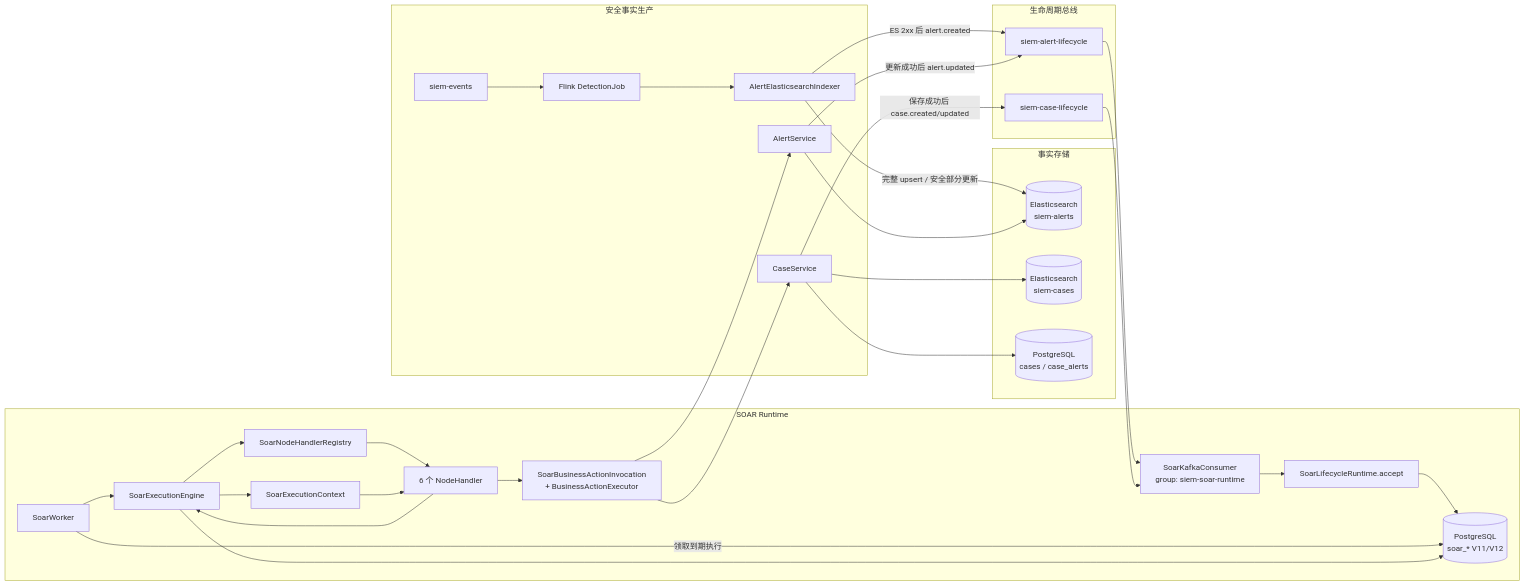
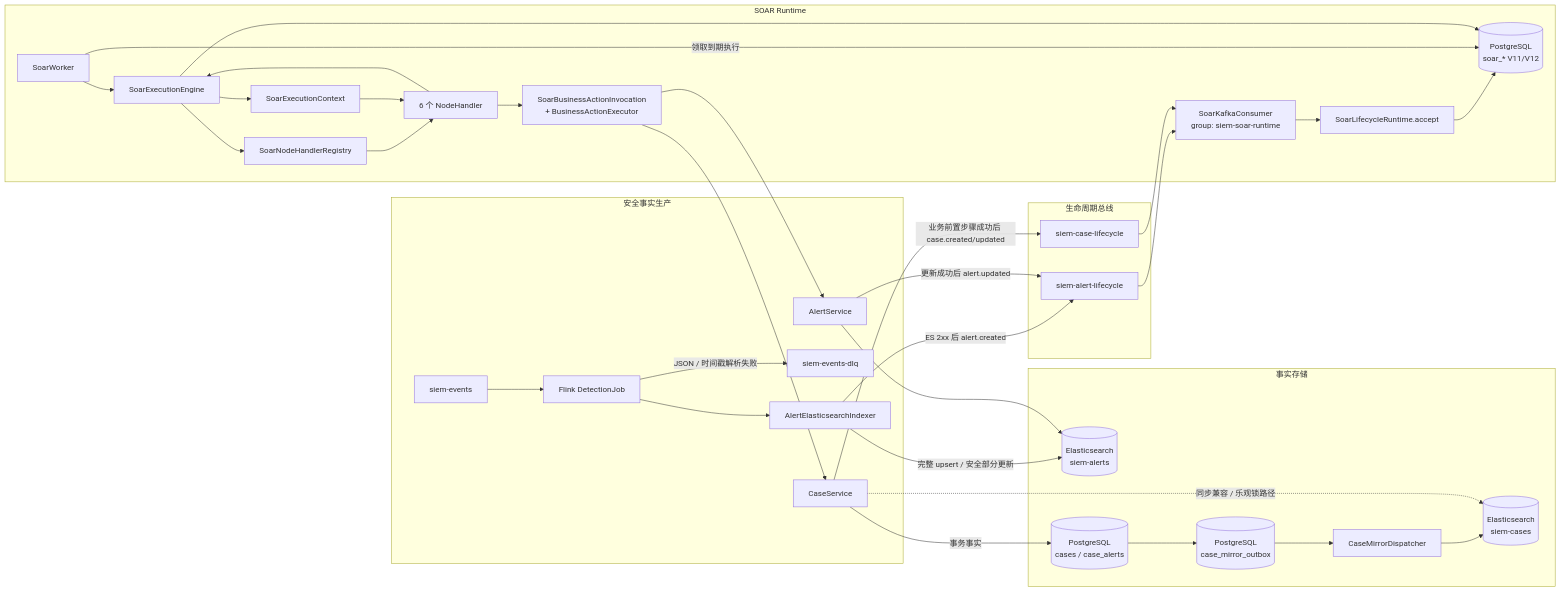
Before and after one commit to xsc683/HISIEM: the first of 7 diagrams in docs/design/soar-runtime-architecture.md, drawn with Mermaid. The commit also changed other lines of this file and 44 other files, not shown here.

Commit message:
fix: harden runtime reliability and sync architecture docs

````diff
--- a/docs/design/soar-runtime-architecture.md
+++ b/docs/design/soar-runtime-architecture.md
@@ -21,56 +21,61 @@
 ```mermaid
 flowchart LR
     subgraph Facts["安全事实生产"]
         EV["siem-events"] --> FLINK["Flink DetectionJob"]
         FLINK --> IDX["AlertElasticsearchIndexer"]
+        FLINK -->|"JSON / 时间戳解析失败"| EVENT_DLQ["siem-events-dlq"]
         ALERT_API["AlertService"]
         CASE_API["CaseService"]
     end
 
     subgraph Stores["事实存储"]
         ES_ALERT[("Elasticsearch\nsiem-alerts")]
         ES_CASE[("Elasticsearch\nsiem-cases")]
         PG_CASE[("PostgreSQL\ncases / case_alerts")]
+        CASE_OUTBOX[("PostgreSQL\ncase_mirror_outbox")]
+        CASE_DISPATCHER["CaseMirrorDispatcher"]
     end
 
     subgraph Bus["生命周期总线"]
         AT["siem-alert-lifecycle"]
         CT["siem-case-lifecycle"]
     end
 
     subgraph Runtime["SOAR Runtime"]
         CONSUMER["SoarKafkaConsumer\ngroup: siem-soar-runtime"]
         MATCHER["SoarLifecycleRuntime.accept"]
         WORKER["SoarWorker"]
         ENGINE["SoarExecutionEngine"]
         CONTEXT["SoarExecutionContext"]
         REGISTRY["SoarNodeHandlerRegistry"]
         HANDLERS["6 个 NodeHandler"]
         ACTIONS["SoarBusinessActionInvocation\n+ BusinessActionExecutor"]
         PG_SOAR[("PostgreSQL\nsoar_* V11/V12")]
     end
 
     IDX -->|"完整 upsert / 安全部分更新"| ES_ALERT
     IDX -->|"ES 2xx 后 alert.created"| AT
     ALERT_API --> ES_ALERT
     ALERT_API -->|"更新成功后 alert.updated"| AT
-    CASE_API --> PG_CASE
-    CASE_API --> ES_CASE
-    CASE_API -->|"保存成功后 case.created/updated"| CT
+    CASE_API -->|"事务事实"| PG_CASE
+    PG_CASE --> CASE_OUTBOX
+    CASE_OUTBOX --> CASE_DISPATCHER --> ES_CASE
+    CASE_API -.->|"同步兼容 / 乐观锁路径"| ES_CASE
+    CASE_API -->|"业务前置步骤成功后 case.created/updated"| CT
 
     AT --> CONSUMER
     CT --> CONSUMER
     CONSUMER --> MATCHER
     MATCHER --> PG_SOAR
     WORKER -->|"领取到期执行"| PG_SOAR
     WORKER --> ENGINE
     ENGINE --> CONTEXT
     ENGINE --> REGISTRY
     REGISTRY --> HANDLERS
     CONTEXT --> HANDLERS
     HANDLERS --> ENGINE
     ENGINE --> PG_SOAR
     HANDLERS --> ACTIONS
     ACTIONS --> ALERT_API
     ACTIONS --> CASE_API
 ```
````
